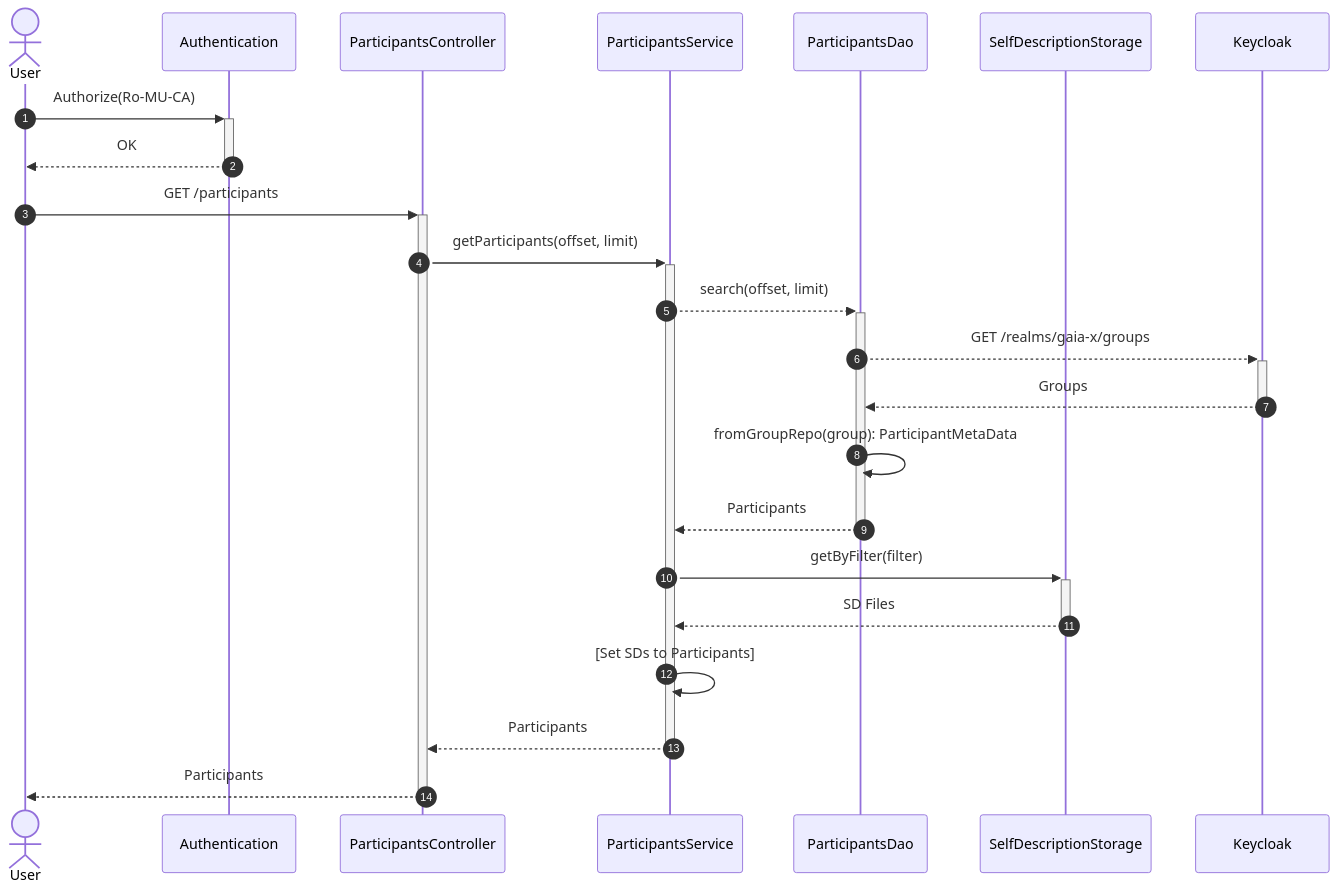
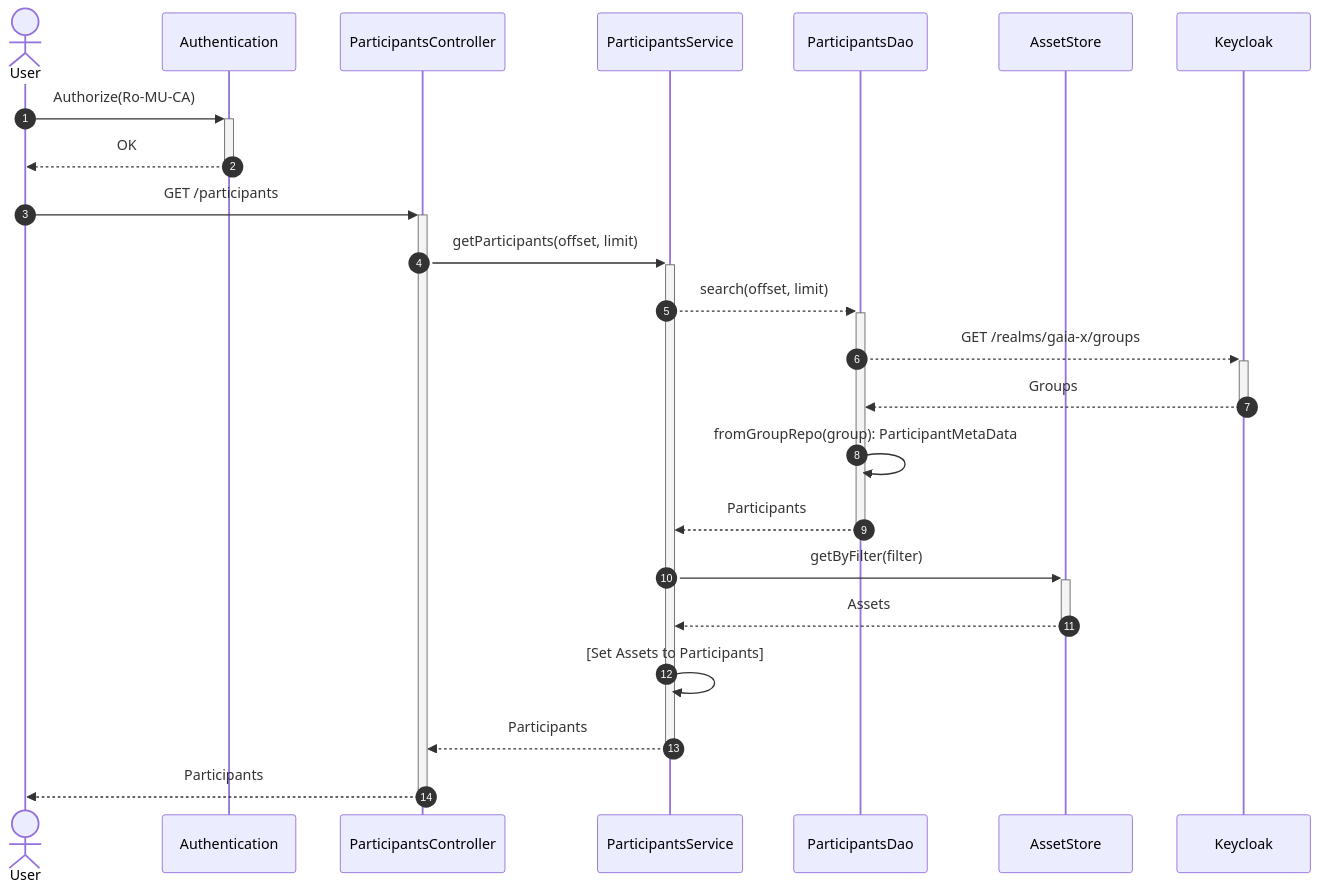
The second of 34 diagrams in federated-catalogue/src/docs/architecture/chapters/06_runtime_view.adoc (federated-catalogue-enhancements-2026/docs), drawn with Mermaid before and after one commit. The commit also changed other lines of this file and 11 other files, not shown here.

```diff
--- a/federated-catalogue/src/docs/architecture/chapters/06_runtime_view.adoc
+++ b/federated-catalogue/src/docs/architecture/chapters/06_runtime_view.adoc
@@ -57,34 +57,34 @@
 [mermaid, width=2000]
 ....
     sequenceDiagram
         autonumber
         actor User
         participant Auth as Authentication
 
         participant API As ParticipantsController
         participant Parti as ParticipantsService
         participant PartiDao as ParticipantsDao
-        participant SDStore as SelfDescriptionStorage
+        participant AssetStore as AssetStore
         participant Keycloak as Keycloak
 
         User ->> + Auth:Authorize(Ro-MU-CA)
         Auth -->> - User:OK
 
         User ->> + API:GET /participants
 
         API ->> + Parti: getParticipants(offset, limit)
         Parti -->> + PartiDao: search(offset, limit)
 
         PartiDao -->> + Keycloak: GET /realms/gaia-x/groups
         Keycloak -->> - PartiDao: Groups
 
         PartiDao ->> PartiDao: fromGroupRepo(group): ParticipantMetaData
 
         PartiDao -->> - Parti: Participants
 
-        Parti ->> + SDStore: getByFilter(filter)
-        SDStore -->> - Parti: SD Files
-        Parti ->> Parti: [Set SDs to Participants]
+        Parti ->> + AssetStore: getByFilter(filter)
+        AssetStore -->> - Parti: Assets
+        Parti ->> Parti: [Set Assets to Participants]
         Parti -->> - API: Participants
         API -->> - User: Participants
 ....
```
